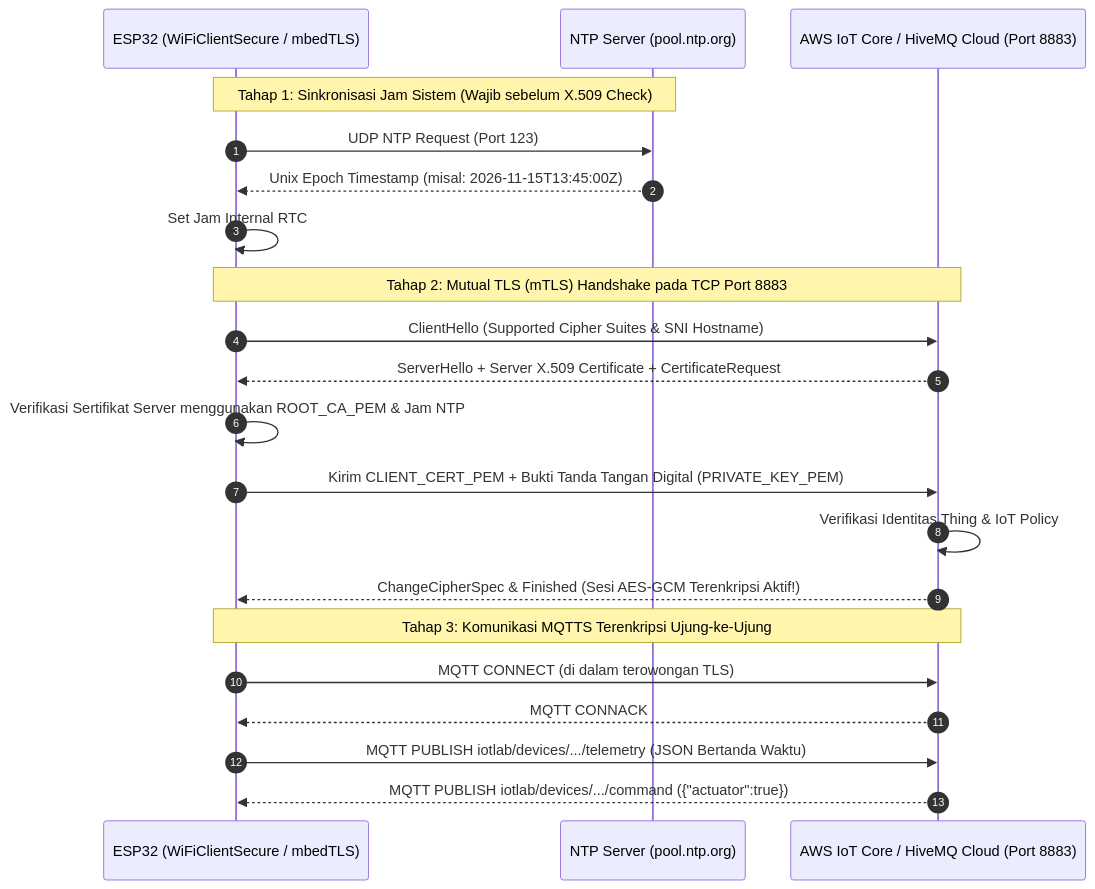
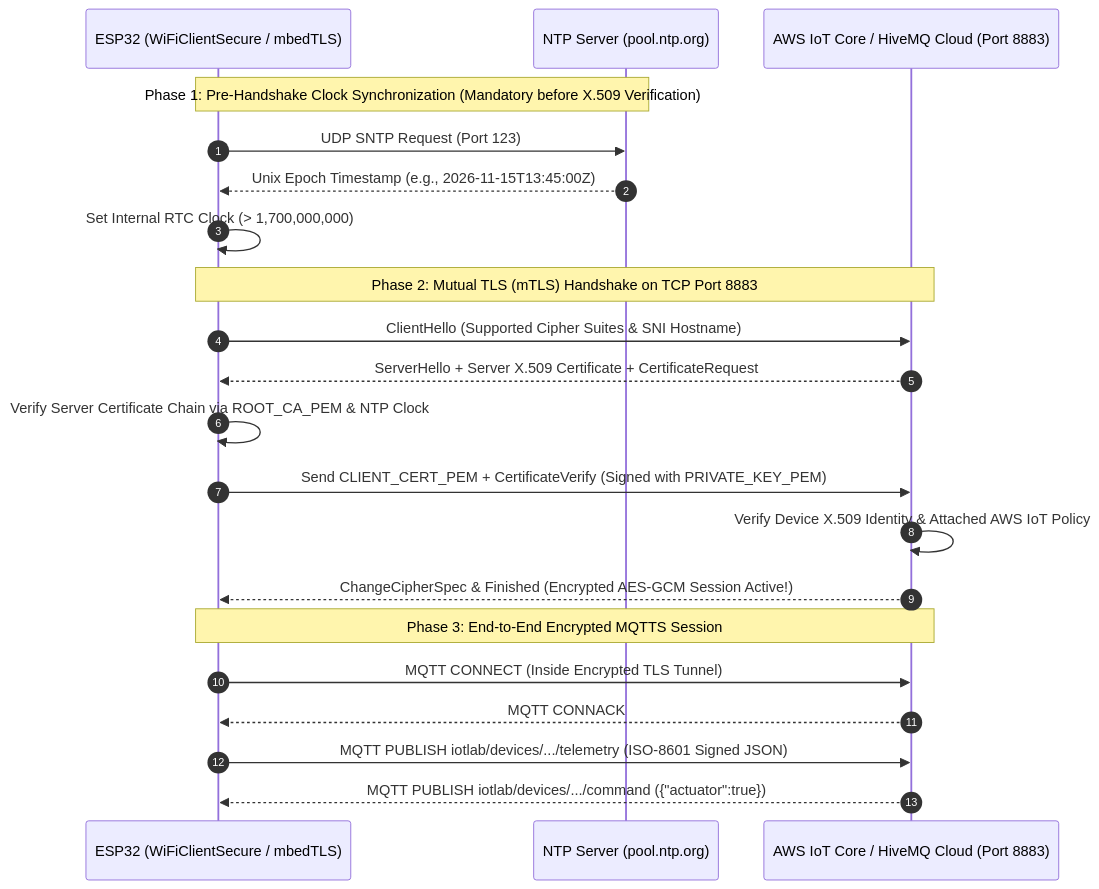
Before and after one commit to kenzojulian111/microcontroller-iot-journey: the diagram in 10-secure-tls-telemetry/schematics/wiring-guide.md, drawn with Mermaid. The commit also changed other lines of this file and 150 other files, not shown here.

````diff
--- a/10-secure-tls-telemetry/schematics/wiring-guide.md
+++ b/10-secure-tls-telemetry/schematics/wiring-guide.md
@@ -25,26 +25,26 @@
 ```mermaid
 sequenceDiagram
     autonumber
     participant ESP as ESP32 (WiFiClientSecure / mbedTLS)
     participant NTP as NTP Server (pool.ntp.org)
     participant Cloud as AWS IoT Core / HiveMQ Cloud (Port 8883)
 
-    Note over ESP,NTP: Tahap 1: Sinkronisasi Jam Sistem (Wajib sebelum X.509 Check)
-    ESP->>NTP: UDP NTP Request (Port 123)
-    NTP-->>ESP: Unix Epoch Timestamp (misal: 2026-11-15T13:45:00Z)
-    ESP->>ESP: Set Jam Internal RTC
+    Note over ESP,NTP: Phase 1: Pre-Handshake Clock Synchronization (Mandatory before X.509 Verification)
+    ESP->>NTP: UDP SNTP Request (Port 123)
+    NTP-->>ESP: Unix Epoch Timestamp (e.g., 2026-11-15T13:45:00Z)
+    ESP->>ESP: Set Internal RTC Clock (> 1,700,000,000)
 
-    Note over ESP,Cloud: Tahap 2: Mutual TLS (mTLS) Handshake pada TCP Port 8883
+    Note over ESP,Cloud: Phase 2: Mutual TLS (mTLS) Handshake on TCP Port 8883
     ESP->>Cloud: ClientHello (Supported Cipher Suites & SNI Hostname)
     Cloud-->>ESP: ServerHello + Server X.509 Certificate + CertificateRequest
-    ESP->>ESP: Verifikasi Sertifikat Server menggunakan ROOT_CA_PEM & Jam NTP
-    ESP->>Cloud: Kirim CLIENT_CERT_PEM + Bukti Tanda Tangan Digital (PRIVATE_KEY_PEM)
-    Cloud->>Cloud: Verifikasi Identitas Thing & IoT Policy
-    Cloud-->>ESP: ChangeCipherSpec & Finished (Sesi AES-GCM Terenkripsi Aktif!)
+    ESP->>ESP: Verify Server Certificate Chain via ROOT_CA_PEM & NTP Clock
+    ESP->>Cloud: Send CLIENT_CERT_PEM + CertificateVerify (Signed with PRIVATE_KEY_PEM)
+    Cloud->>Cloud: Verify Device X.509 Identity & Attached AWS IoT Policy
+    Cloud-->>ESP: ChangeCipherSpec & Finished (Encrypted AES-GCM Session Active!)
 
-    Note over ESP,Cloud: Tahap 3: Komunikasi MQTTS Terenkripsi Ujung-ke-Ujung
-    ESP->>Cloud: MQTT CONNECT (di dalam terowongan TLS)
+    Note over ESP,Cloud: Phase 3: End-to-End Encrypted MQTTS Session
+    ESP->>Cloud: MQTT CONNECT (Inside Encrypted TLS Tunnel)
     Cloud-->>ESP: MQTT CONNACK
-    ESP->>Cloud: MQTT PUBLISH iotlab/devices/.../telemetry (JSON Bertanda Waktu)
+    ESP->>Cloud: MQTT PUBLISH iotlab/devices/.../telemetry (ISO-8601 Signed JSON)
     Cloud-->>ESP: MQTT PUBLISH iotlab/devices/.../command ({"actuator":true})
 ```
````
